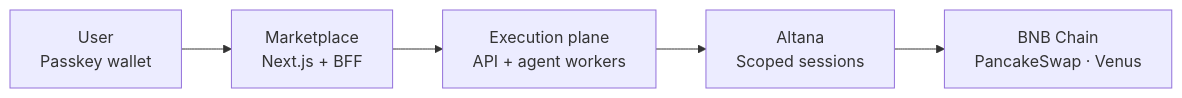
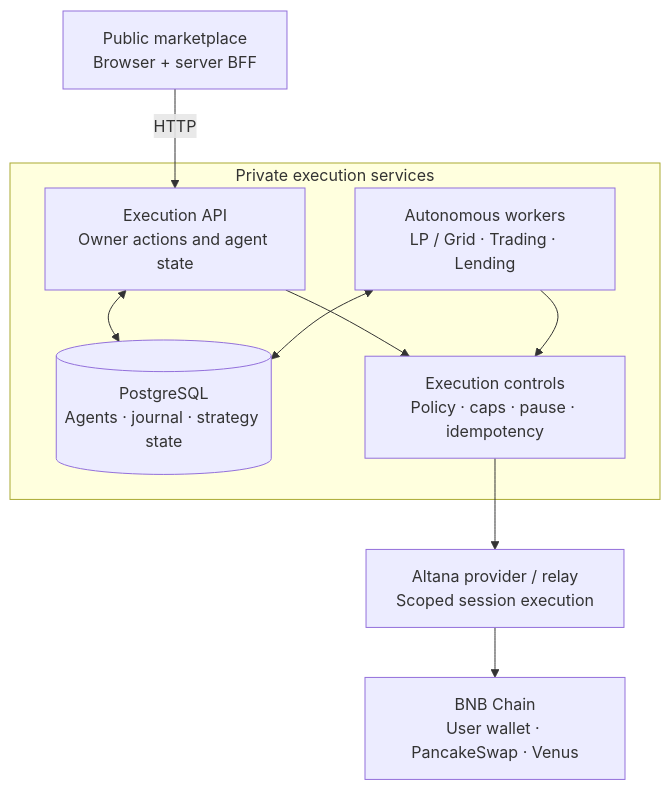
Before and after one commit to 4lphaAI/4lpha-marketplace: the second of 2 diagrams in README.md, drawn with Mermaid. The commit also changed other lines of this file, not shown here.

Commit message:
docs: clarify data and execution plane architecture boundaries

````diff
--- a/README.md
+++ b/README.md
@@ -48,7 +65,16 @@
 ```mermaid
-flowchart LR
-    U["User<br/>Passkey wallet"] --> W["Marketplace<br/>Next.js + BFF"]
-    W --> E["Execution plane<br/>API + agent workers"]
-    E --> A["Altana<br/>Scoped sessions"]
-    A --> B["BNB Chain<br/>PancakeSwap · Venus"]
+flowchart TB
+    W["Public marketplace<br/>Browser + server BFF"] -->|HTTP| A
+    subgraph P["Private execution services"]
+        A["Execution API<br/>Owner actions and agent state"]
+        R["Autonomous workers<br/>LP / Grid · Trading · Lending"]
+        DB[("PostgreSQL<br/>Agents · journal · strategy state")]
+        X["Execution controls<br/>Policy · caps · pause · idempotency"]
+        A <--> DB
+        R <--> DB
+        A --> X
+        R --> X
+    end
+    X --> S["Altana provider / relay<br/>Scoped session execution"]
+    S --> C["BNB Chain<br/>User wallet · PancakeSwap · Venus"]
 ```
````
